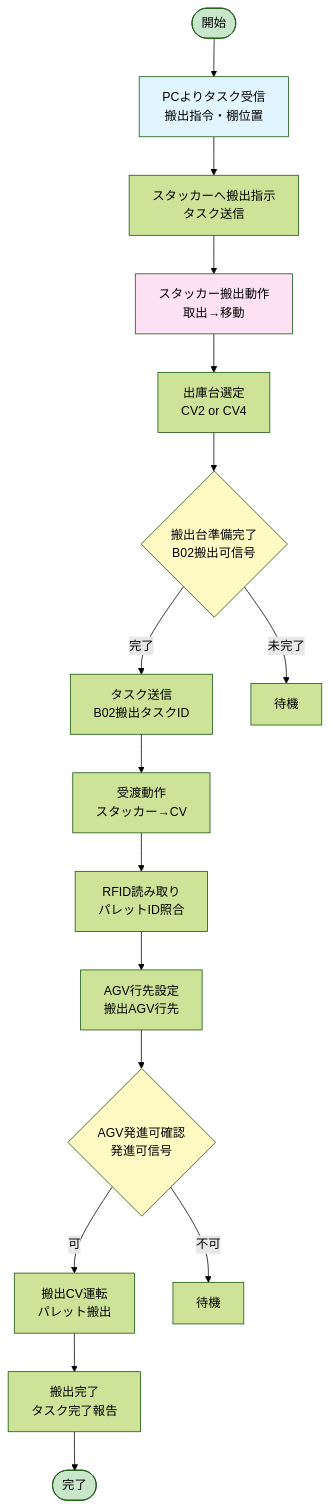
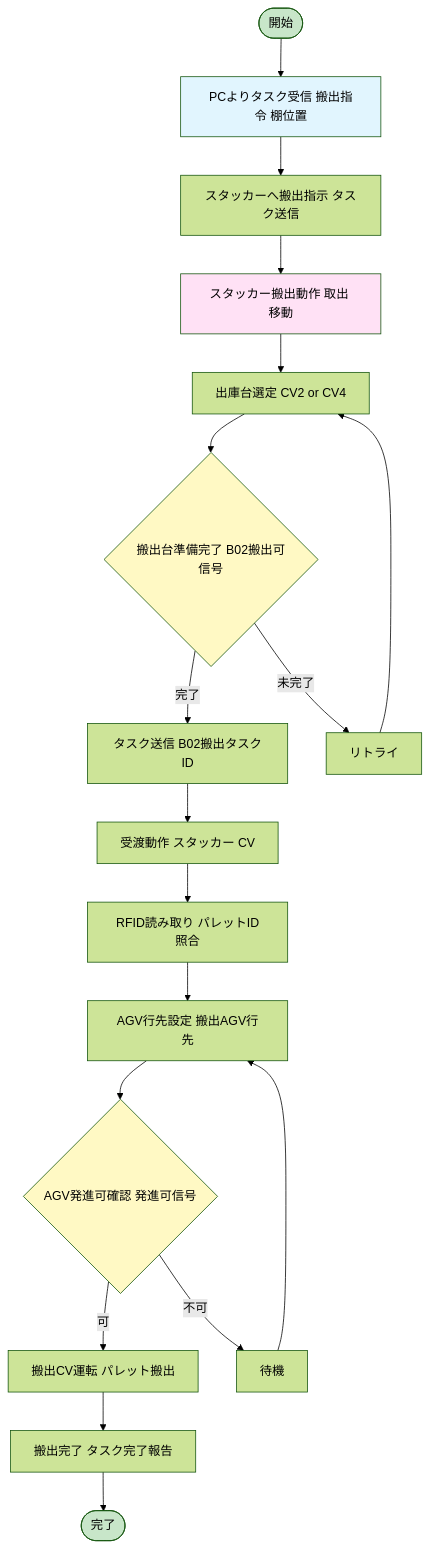
Before and after one commit to iceplantengineering/YTEC_NewLadder: the fifth of 12 diagrams in 0304/システムフローチャート.md, drawn with Mermaid (forest theme). The commit also changed other lines of this file, not shown here.

First line of the commit message:
Fix Mermaid diagrams for GitHub compatibility

````diff
--- a/0304/システムフローチャート.md
+++ b/0304/システムフローチャート.md
@@ -171,27 +144,29 @@
 ```mermaid
 flowchart TB
-    START([開始]) --> RECV_TASK[PCよりタスク受信<br/>搬出指令・棚位置]
-    RECV_TASK --> CMD_STK[スタッカーへ搬出指示<br/>タスク送信]
-    CMD_STK --> STK_ACTION[スタッカー搬出動作<br/>取出→移動]
-    STK_ACTION --> SEL_CONV[出庫台選定<br/>CV2 or CV4]
-    SEL_CONV --> CHECK_READY{搬出台準備完了<br/>B02搬出可信号}
-    CHECK_READY -->|完了| SEND_TASK[タスク送信<br/>B02搬出タスクID]
-    CHECK_READY -->|未完了| WAIT1[待機]
+    START([開始]) --> RECV_TASK[PCよりタスク受信 搬出指令 棚位置]
+    RECV_TASK --> CMD_STK[スタッカーへ搬出指示 タスク送信]
+    CMD_STK --> STK_ACTION[スタッカー搬出動作 取出 移動]
+    STK_ACTION --> SEL_CONV[出庫台選定 CV2 or CV4]
+    SEL_CONV --> CHECK_READY{搬出台準備完了 B02搬出可信号}
+    CHECK_READY -->|完了| SEND_TASK[タスク送信 B02搬出タスクID]
+    CHECK_READY -->|未完了| RETRY[リトライ]
+    RETRY --> SEL_CONV
 
-    SEND_TASK --> TRANSFER[受渡動作<br/>スタッカー→CV]
-    TRANSFER --> READ_RFID[RFID読み取り<br/>パレットID照合]
-    READ_RFID --> SET_DEST[AGV行先設定<br/>搬出AGV行先]
-    SET_DEST --> CHECK_DEP{AGV発進可確認<br/>発進可信号}
-    CHECK_DEP -->|可| RUN_CV[搬出CV運転<br/>パレット搬出]
-    CHECK_DEP -->|不可| WAIT2[待機]
+    SEND_TASK --> TRANSFER[受渡動作 スタッカー CV]
+    TRANSFER --> READ_RFID[RFID読み取り パレットID照合]
+    READ_RFID --> SET_DEST[AGV行先設定 搬出AGV行先]
+    SET_DEST --> CHECK_DEP{AGV発進可確認 発進可信号}
+    CHECK_DEP -->|可| RUN_CV[搬出CV運転 パレット搬出]
+    CHECK_DEP -->|不可| WAIT[待機]
+    WAIT --> SET_DEST
 
-    RUN_CV --> COMPLETE[搬出完了<br/>タスク完了報告]
+    RUN_CV --> COMPLETE[搬出完了 タスク完了報告]
     COMPLETE --> END([完了])
 
     style START fill:#c8e6c9
     style END fill:#c8e6c9
     style RECV_TASK fill:#e1f5fe
     style STK_ACTION fill:#ffe1f5
     style CHECK_READY fill:#fff9c4
     style CHECK_DEP fill:#fff9c4
 ```
````
